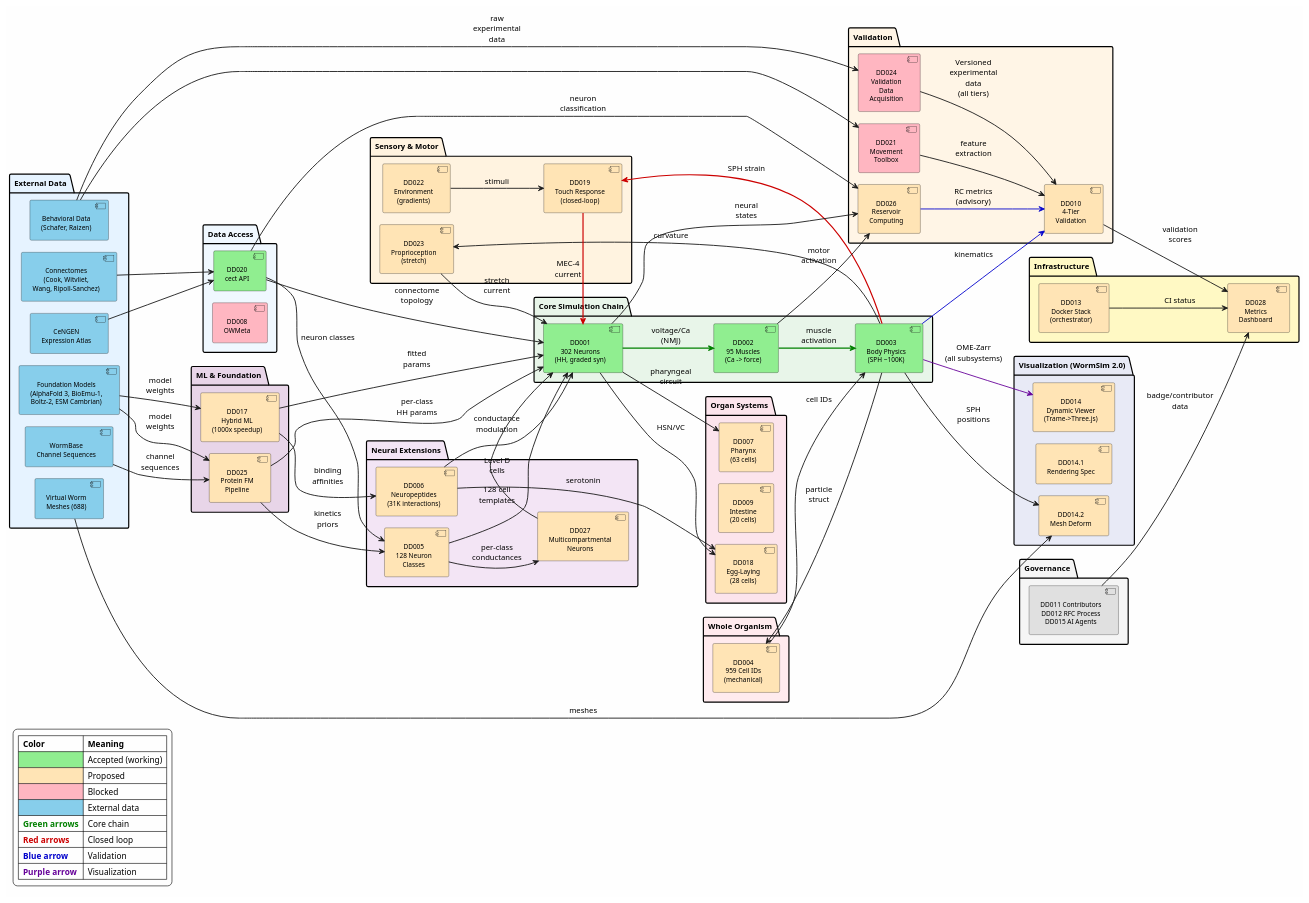
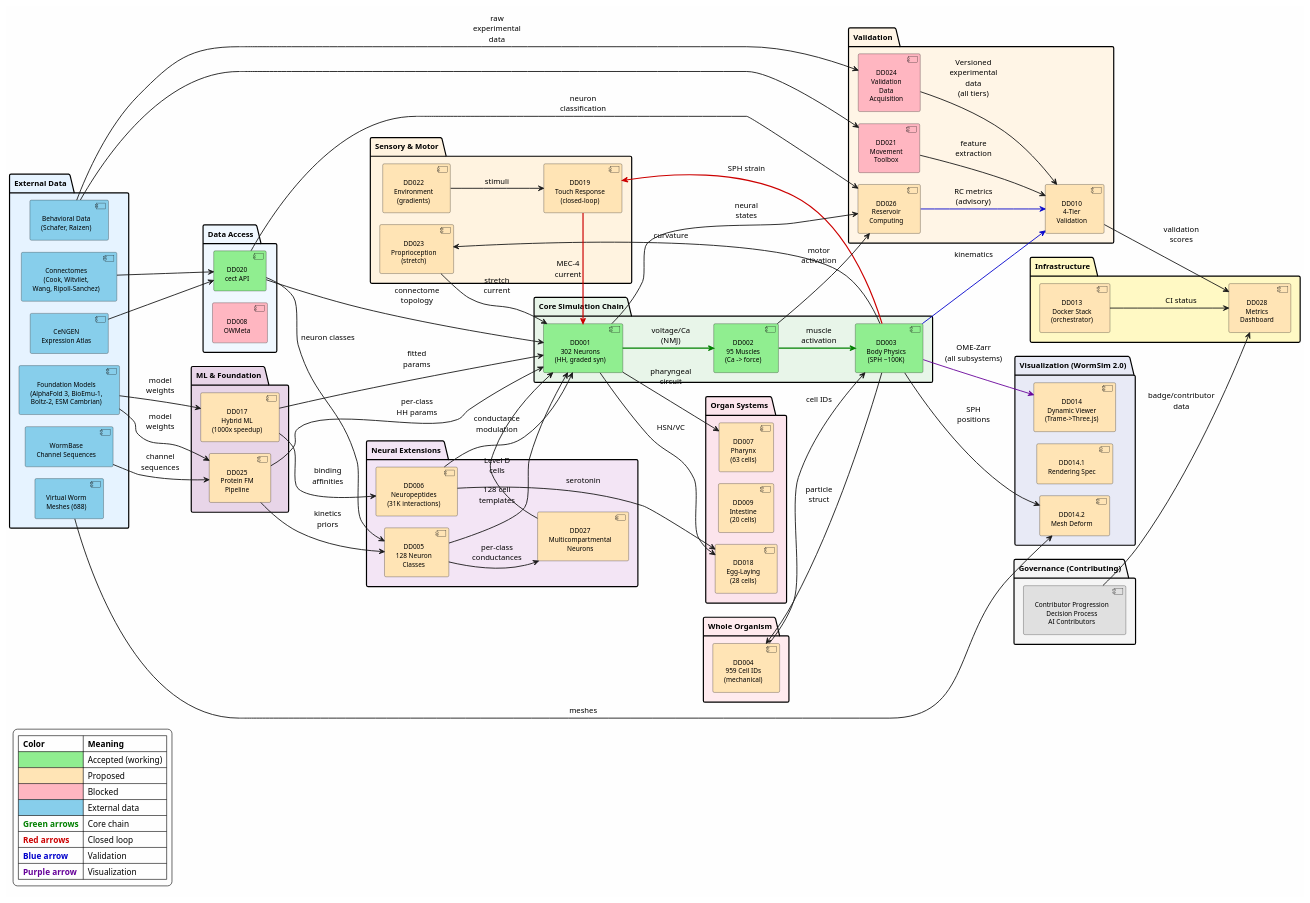
The diagram in docs/design_documents/INTEGRATION_MAP.md (openworm/openworm_docs), drawn with PlantUML before and after one commit. The commit also changed other lines of this file and 26 other files, not shown here.

```diff
--- a/docs/design_documents/INTEGRATION_MAP.md
+++ b/docs/design_documents/INTEGRATION_MAP.md
@@ -137,9 +137,9 @@
   component "DD028\nMetrics\nDashboard" as DD028 #FFE4B5
 }
 
-' === GOVERNANCE ===
-package "Governance" as gov #F5F5F5 {
-  component "DD011 Contributors\nDD012 RFC Process\nDD015 AI Agents" as GOV #E0E0E0
+' === GOVERNANCE (Contributing section) ===
+package "Governance (Contributing)" as gov #F5F5F5 {
+  component "Contributor Progression\nDecision Process\nAI Contributors" as GOV #E0E0E0
 }
 
 ' === EDGES ===
```
